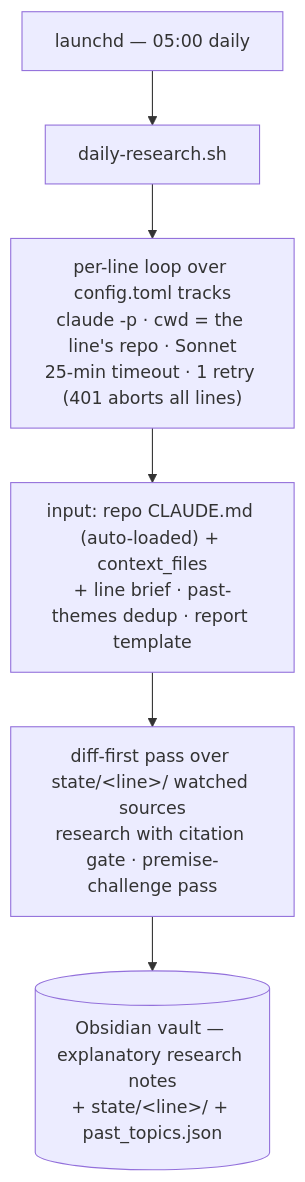
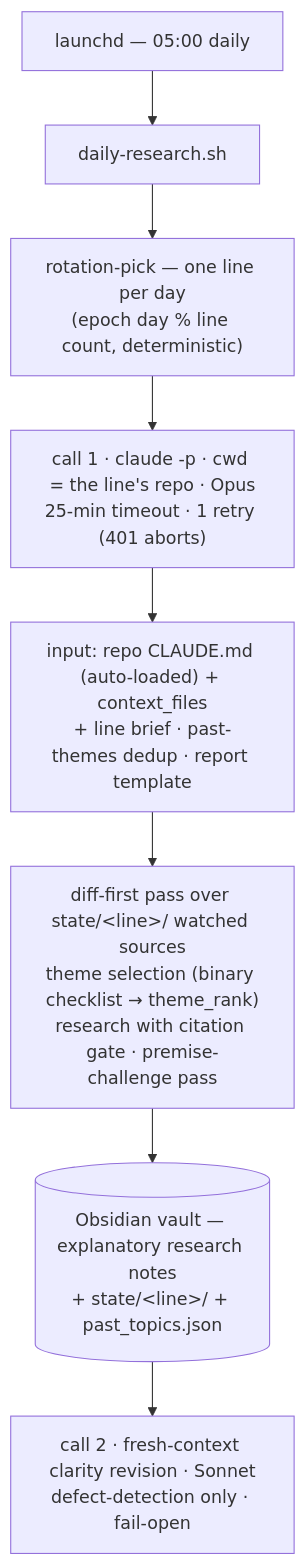
Before and after one commit to shimo4228/daily-research: the diagram in README.md, drawn with Mermaid. The commit also changed other lines of this file and 16 other files, not shown here.

First line of the commit message:
redesign: rotation 単一 line 実行 + in-loop 二層 eval (ADR-0010)

````diff
--- a/README.md
+++ b/README.md
@@ -15,8 +15,10 @@
 ```mermaid
 flowchart TD
     cron["launchd — 05:00 daily"] --> orch["daily-research.sh"]
-    orch --> loop["per-line loop over config.toml tracks<br/>claude -p · cwd = the line's repo · Sonnet<br/>25-min timeout · 1 retry (401 aborts all lines)"]
+    orch --> pick["rotation-pick — one line per day<br/>(epoch day % line count, deterministic)"]
+    pick --> loop["call 1 · claude -p · cwd = the line's repo · Opus<br/>25-min timeout · 1 retry (401 aborts)"]
     loop --> ctx["input: repo CLAUDE.md (auto-loaded) + context_files<br/>+ line brief · past-themes dedup · report template"]
-    ctx --> run["diff-first pass over state/&lt;line&gt;/ watched sources<br/>research with citation gate · premise-challenge pass"]
+    ctx --> run["diff-first pass over state/&lt;line&gt;/ watched sources<br/>theme selection (binary checklist → theme_rank)<br/>research with citation gate · premise-challenge pass"]
     run --> out[("Obsidian vault — explanatory research notes<br/>+ state/&lt;line&gt;/ + past_topics.json")]
+    out --> clarity["call 2 · fresh-context clarity revision · Sonnet<br/>defect-detection only · fail-open"]
 ```
````
